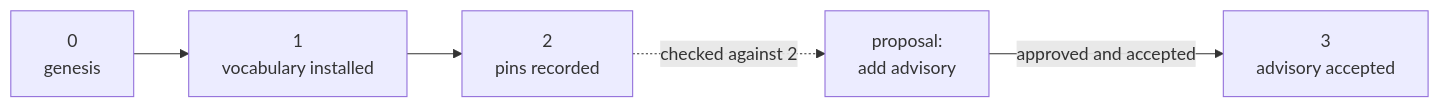
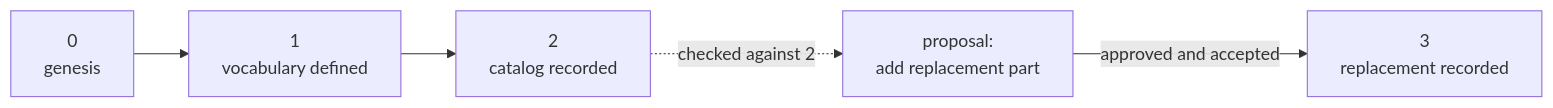
Before and after one commit to cruxible-ai/cruxible: the second of 4 diagrams in docs/concepts.md, drawn with Mermaid. The commit also changed other lines of this file, not shown here.

````diff
--- a/docs/concepts.md
+++ b/docs/concepts.md
@@ -109,6 +110,6 @@
 ```mermaid
 flowchart LR
-    g0["0<br/>genesis"] --> g1["1<br/>vocabulary installed"] --> g2["2<br/>pins recorded"]
-    g2 -.->|checked against 2| p["proposal:<br/>add advisory"]
-    p -->|approved and accepted| g3["3<br/>advisory accepted"]
+    g0["0<br/>genesis"] --> g1["1<br/>vocabulary defined"] --> g2["2<br/>catalog recorded"]
+    g2 -.->|checked against 2| p["proposal:<br/>add replacement part"]
+    p -->|approved and accepted| g3["3<br/>replacement recorded"]
 ```
````
